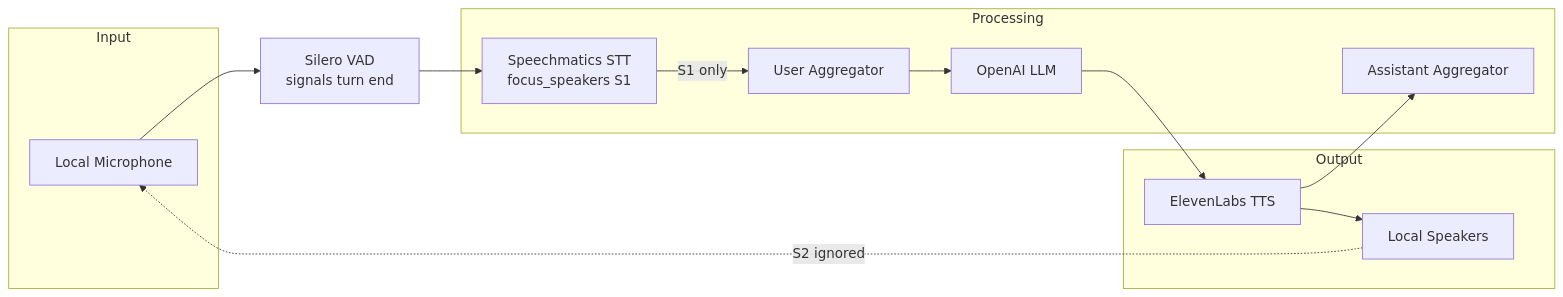
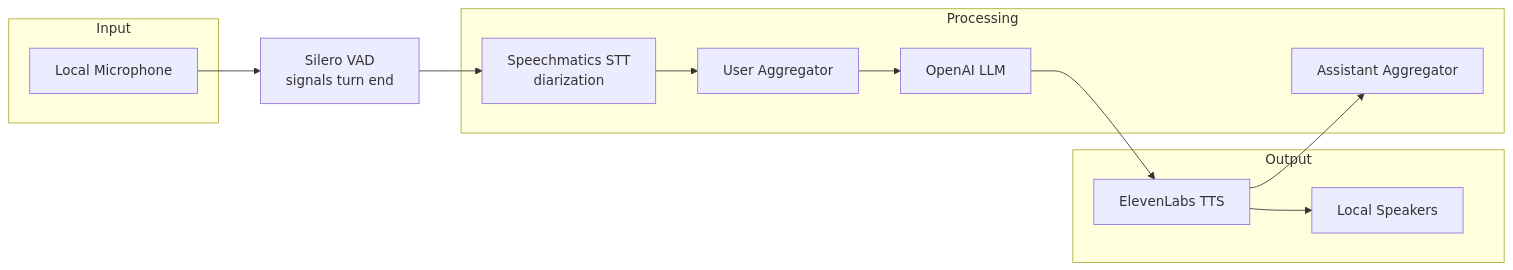
The diagram in integrations/pipecat/01-simple-voice-bot/README.md (speechmatics/speechmatics-academy), drawn with Mermaid before and after one commit. The commit also changed other lines of this file and 7 other files, not shown here.

````diff
--- a/integrations/pipecat/01-simple-voice-bot/README.md
+++ b/integrations/pipecat/01-simple-voice-bot/README.md
@@ -128,28 +128,26 @@
 ```mermaid
 flowchart LR
     subgraph Input
         MIC[Local Microphone]
     end
 
     subgraph Processing
-        STT[Speechmatics STT<br/>focus_speakers S1]
+        STT[Speechmatics STT<br/>diarization]
         UA[User Aggregator]
         LLM[OpenAI LLM]
         AA[Assistant Aggregator]
     end
 
     subgraph Output
         TTS[ElevenLabs TTS]
         SPK[Local Speakers]
     end
 
     MIC --> VAD[Silero VAD<br/>signals turn end]
     VAD --> STT
-    STT -->|S1 only| UA
+    STT --> UA
     UA --> LLM
     LLM --> TTS
     TTS --> SPK
     TTS --> AA
-
-    SPK -.->|S2 ignored| MIC
 ```
````
